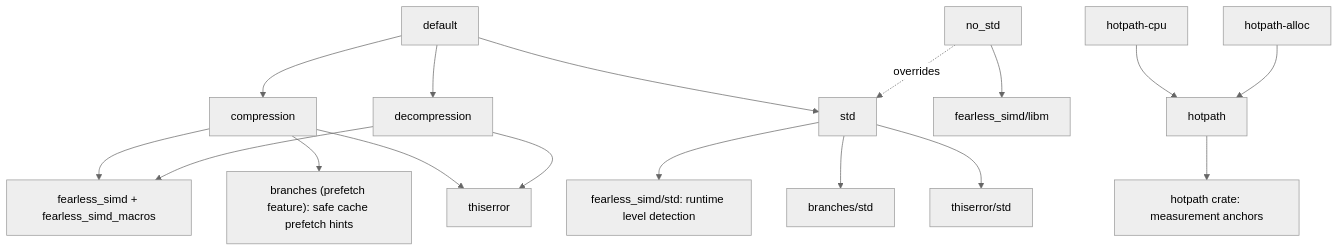
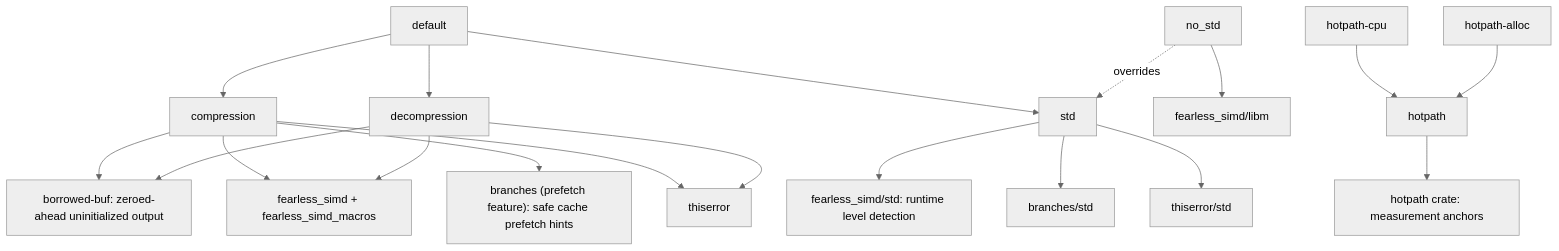
The first of 2 diagrams in architecture/codec-features.md (M-Compressors/mzstd), drawn with Mermaid (neutral theme) before and after one commit. The commit also changed other lines of this file and 24 other files, not shown here.

````diff
--- a/architecture/codec-features.md
+++ b/architecture/codec-features.md
@@ -5,19 +5,21 @@
 ```mermaid
 flowchart TD
     D[default] --> Std[std]
     D --> C[compression]
     D --> Dc[decompression]
     C --> T[thiserror]
     Dc --> T
     C --> FS[fearless_simd + fearless_simd_macros]
     Dc --> FS
     C --> BR["branches (prefetch feature): safe cache prefetch hints"]
+    C --> BB["borrowed-buf: zeroed-ahead uninitialized output"]
+    Dc --> BB
     Std --> TS[thiserror/std]
     Std --> BRS[branches/std]
     Std --> FSS[fearless_simd/std: runtime level detection]
     N[no_std] -.overrides.-> Std
     N --> FSL[fearless_simd/libm]
     H[hotpath] --> HP[hotpath crate: measurement anchors]
     HC[hotpath-cpu] --> H
     HA[hotpath-alloc] --> H
 ```
````
